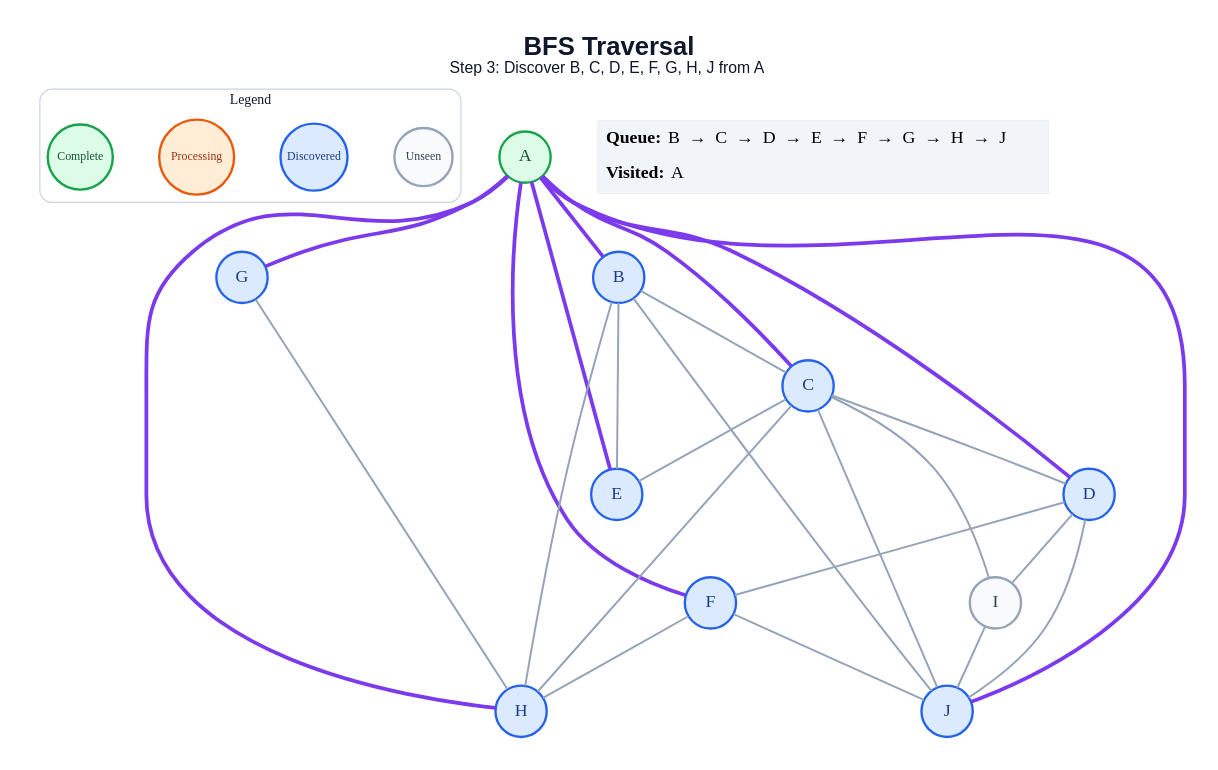
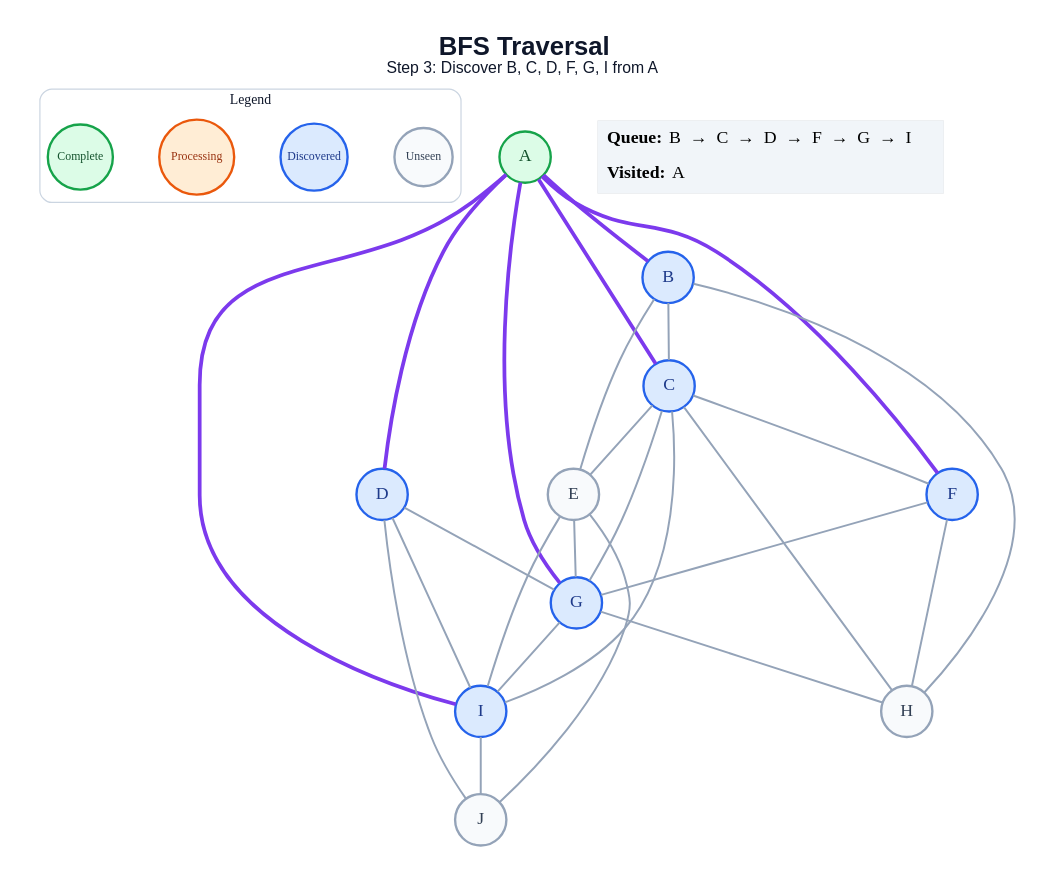
The diagram in generated/bfs/step_03.dot (amanghodawala9/ai-slop), drawn with Graphviz before and after one commit. The commit also changed 178 other files, not shown here.

```diff
--- a/generated/bfs/step_03.dot
+++ b/generated/bfs/step_03.dot
@@ -1,53 +1,54 @@
 graph traversal {
   graph [layout=dot, rankdir=TB, bgcolor="#FFFFFF", pad="0.35", nodesep="0.65", ranksep="0.8", fontname="Arial"];
   node [shape=circle, style="filled", fontname="Arial Bold", fontsize=18, width=0.72, fixedsize=true, penwidth=2.4];
   edge [color="#94A3B8", penwidth=2.0];
-  label=<<B>BFS Traversal</B><BR/><FONT POINT-SIZE="16">Step 3: Discover B, C, D, E, F, G, H, J from A</FONT>>; labelloc="t"; fontsize=26; fontname="Arial"; fontcolor="#0F172A";
+  label=<<B>BFS Traversal</B><BR/><FONT POINT-SIZE="16">Step 3: Discover B, C, D, F, G, I from A</FONT>>; labelloc="t"; fontsize=26; fontname="Arial"; fontcolor="#0F172A";
   subgraph cluster_legend { label="Legend"; color="#CBD5E1"; penwidth=1.2; style="rounded"; fontsize=14; fontname="Arial Bold";
     key_unseen [label="Unseen", fillcolor="#F8FAFC", color="#94A3B8", fontcolor="#334155", fontsize=12, width=0.82];
     key_frontier [label="Discovered", fillcolor="#DBEAFE", color="#2563EB", fontcolor="#1E3A8A", fontsize=12, width=0.95];
     key_current [label="Processing", fillcolor="#FFEDD5", color="#EA580C", fontcolor="#9A3412", fontsize=12, width=1.05];
     key_done [label="Complete", fillcolor="#DCFCE7", color="#16A34A", fontcolor="#14532D", fontsize=12, width=0.92];
     { rank=same; key_unseen; key_frontier; key_current; key_done; }
   }
   A [fillcolor="#DCFCE7", color="#16A34A", fontcolor="#14532D"];
   B [fillcolor="#DBEAFE", color="#2563EB", fontcolor="#1E3A8A"];
   C [fillcolor="#DBEAFE", color="#2563EB", fontcolor="#1E3A8A"];
   D [fillcolor="#DBEAFE", color="#2563EB", fontcolor="#1E3A8A"];
-  E [fillcolor="#DBEAFE", color="#2563EB", fontcolor="#1E3A8A"];
+  E [fillcolor="#F8FAFC", color="#94A3B8", fontcolor="#334155"];
   F [fillcolor="#DBEAFE", color="#2563EB", fontcolor="#1E3A8A"];
   G [fillcolor="#DBEAFE", color="#2563EB", fontcolor="#1E3A8A"];
-  H [fillcolor="#DBEAFE", color="#2563EB", fontcolor="#1E3A8A"];
-  I [fillcolor="#F8FAFC", color="#94A3B8", fontcolor="#334155"];
-  J [fillcolor="#DBEAFE", color="#2563EB", fontcolor="#1E3A8A"];
+  H [fillcolor="#F8FAFC", color="#94A3B8", fontcolor="#334155"];
+  I [fillcolor="#DBEAFE", color="#2563EB", fontcolor="#1E3A8A"];
+  J [fillcolor="#F8FAFC", color="#94A3B8", fontcolor="#334155"];
   A -- B [color="#7C3AED", penwidth=3.8];
   A -- C [color="#7C3AED", penwidth=3.8];
   A -- D [color="#7C3AED", penwidth=3.8];
-  A -- E [color="#7C3AED", penwidth=3.8];
   A -- F [color="#7C3AED", penwidth=3.8];
   A -- G [color="#7C3AED", penwidth=3.8];
-  A -- H [color="#7C3AED", penwidth=3.8];
-  A -- J [color="#7C3AED", penwidth=3.8];
+  A -- I [color="#7C3AED", penwidth=3.8];
   B -- C;
   B -- E;
   B -- H;
-  B -- J;
-  C -- D;
   C -- E;
+  C -- F;
+  C -- G;
   C -- H;
   C -- I;
-  C -- J;
-  D -- F;
+  D -- G;
   D -- I;
   D -- J;
+  E -- G;
+  E -- I;
+  E -- J;
+  F -- G;
   F -- H;
-  F -- J;
   G -- H;
+  G -- I;
   I -- J;
   status [shape=plain, fixedsize=false, width=0, height=0, margin=0, label=<
     <TABLE BORDER="0" CELLBORDER="0" CELLPADDING="7" BGCOLOR="#F1F5F9">
-      <TR><TD ALIGN="LEFT"><B>Queue:</B> B  →  C  →  D  →  E  →  F  →  G  →  H  →  J</TD></TR>
+      <TR><TD ALIGN="LEFT"><B>Queue:</B> B  →  C  →  D  →  F  →  G  →  I</TD></TR>
       <TR><TD ALIGN="LEFT"><B>Visited:</B> A</TD></TR>
     </TABLE>
   >];
 }
```
